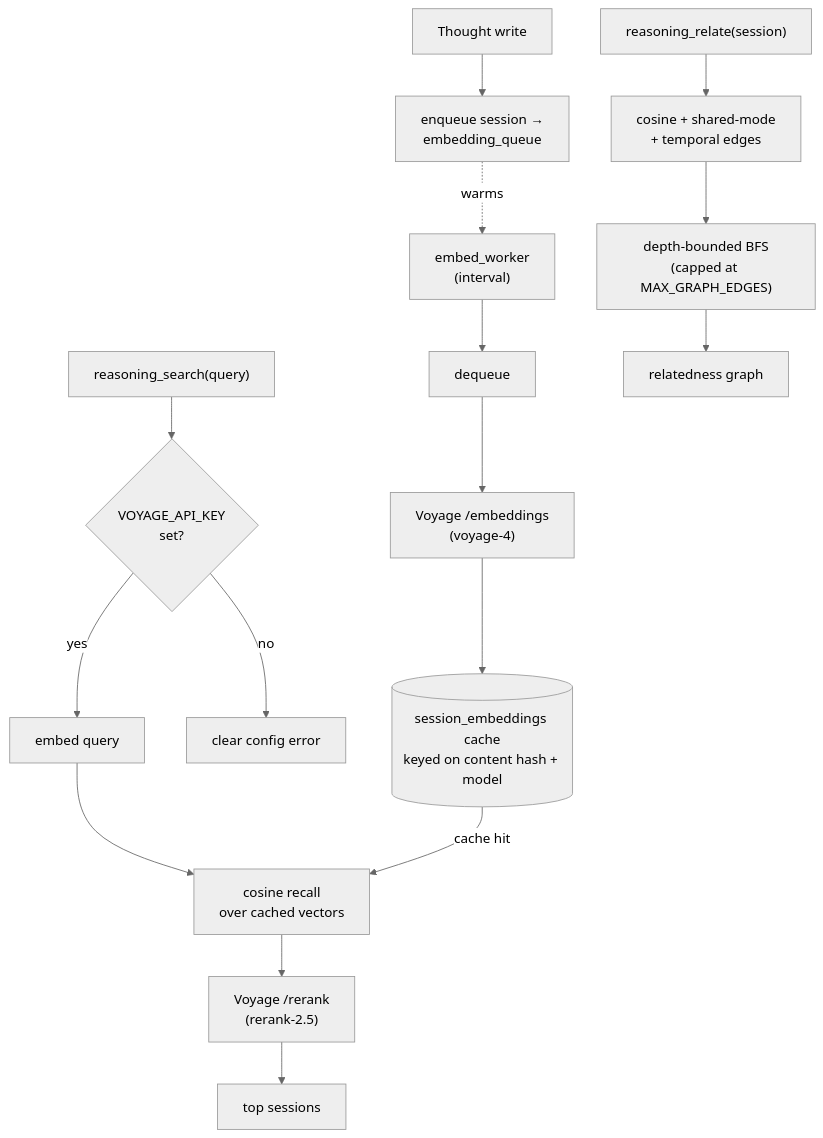
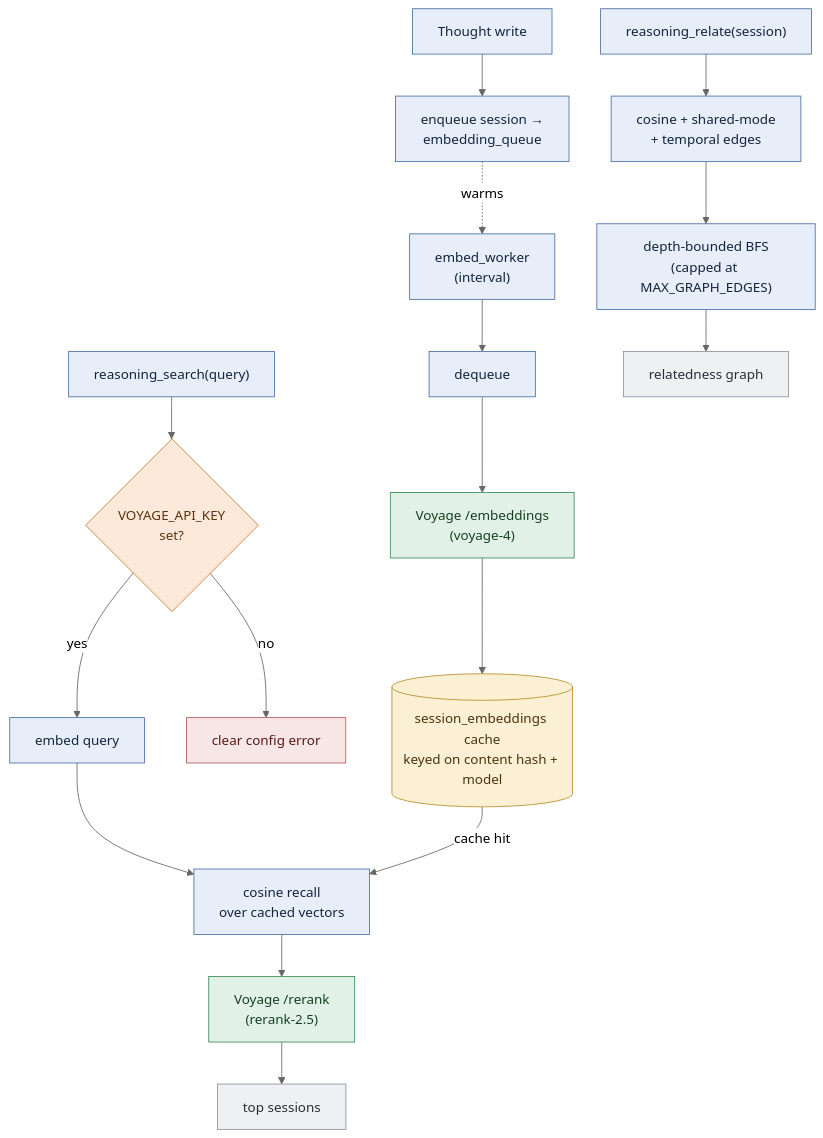
The fifth of 8 diagrams in docs/reference/END_TO_END_FLOW.md (quanticsoul4772/mcp-reasoning), drawn with Mermaid (neutral theme) before and after one commit. The commit also changed other lines of this file, not shown here.

First line of the commit message:
docs(flow): role-based color coding across the flowcharts (#181)

````diff
--- a/docs/reference/END_TO_END_FLOW.md
+++ b/docs/reference/END_TO_END_FLOW.md
@@ -167,23 +183,30 @@
 ```mermaid
 flowchart TB
     %% Write / warming path fills the cache
-    TW["Thought write"] --> EQ["enqueue session →<br/>embedding_queue"]
-    EQ -.->|"warms"| EW["embed_worker<br/>(interval)"]
-    EW --> DQ["dequeue"]
-    DQ --> EMB["Voyage /embeddings<br/>(voyage-4)"]
-    EMB --> Cache[("session_embeddings cache<br/>keyed on content hash + model")]
+    TW["Thought write"]:::proc --> EQ["enqueue session →<br/>embedding_queue"]:::proc
+    EQ -.->|"warms"| EW["embed_worker<br/>(interval)"]:::proc
+    EW --> DQ["dequeue"]:::proc
+    DQ --> EMB["Voyage /embeddings<br/>(voyage-4)"]:::ext
+    EMB --> Cache[("session_embeddings cache<br/>keyed on content hash + model")]:::store
 
     %% Read path — search reads the cache
-    Q["reasoning_search(query)"] --> Key{"VOYAGE_API_KEY<br/>set?"}
-    Key -->|"no"| CfgErr["clear config error"]
-    Key -->|"yes"| QE["embed query"]
-    QE --> Cos["cosine recall<br/>over cached vectors"]
+    Q["reasoning_search(query)"]:::proc --> Key{"VOYAGE_API_KEY<br/>set?"}:::decision
+    Key -->|"no"| CfgErr["clear config error"]:::guard
+    Key -->|"yes"| QE["embed query"]:::proc
+    QE --> Cos["cosine recall<br/>over cached vectors"]:::proc
     Cache -->|"cache hit"| Cos
-    Cos --> Rank["Voyage /rerank<br/>(rerank-2.5)"]
-    Rank --> Top["top sessions"]
+    Cos --> Rank["Voyage /rerank<br/>(rerank-2.5)"]:::ext
+    Rank --> Top["top sessions"]:::term
 
     %% Read path — relate
-    RL["reasoning_relate(session)"] --> Edges["cosine + shared-mode<br/>+ temporal edges"]
-    Edges --> BFS["depth-bounded BFS<br/>(capped at MAX_GRAPH_EDGES)"]
-    BFS --> Graph["relatedness graph"]
+    RL["reasoning_relate(session)"]:::proc --> Edges["cosine + shared-mode<br/>+ temporal edges"]:::proc
+    Edges --> BFS["depth-bounded BFS<br/>(capped at MAX_GRAPH_EDGES)"]:::proc
+    BFS --> Graph["relatedness graph"]:::term
+
+    classDef proc fill:#e8eef9,stroke:#4a6fa5,color:#13243b
+    classDef store fill:#fbf0d4,stroke:#b8902a,color:#4a3410
+    classDef ext fill:#e2f1e8,stroke:#3a8a5a,color:#15401f
+    classDef decision fill:#fde9d9,stroke:#c47a2a,color:#5a3410
+    classDef guard fill:#f7e6e6,stroke:#b15a5a,color:#5a1818
+    classDef term fill:#eef0f2,stroke:#8a93a0,color:#2a2f36
 ```
````
